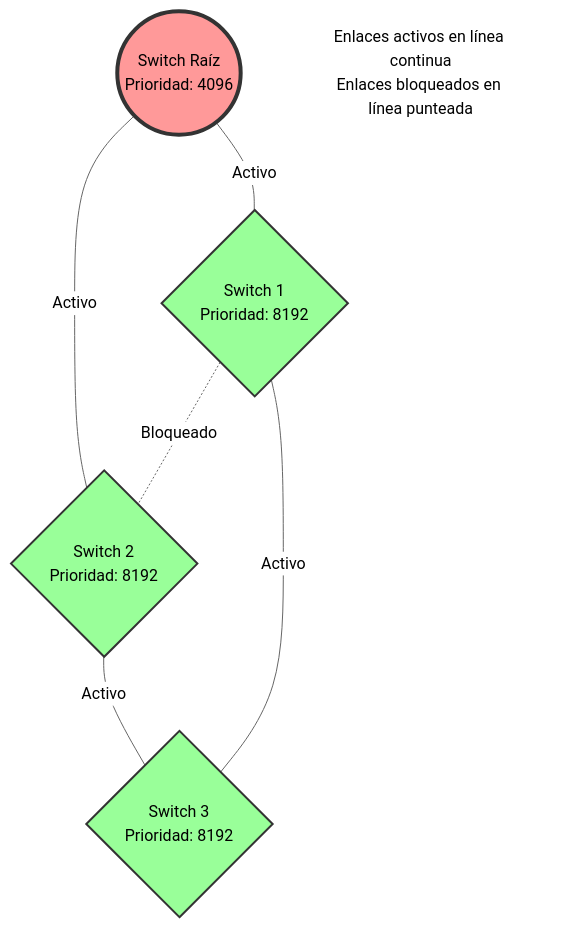
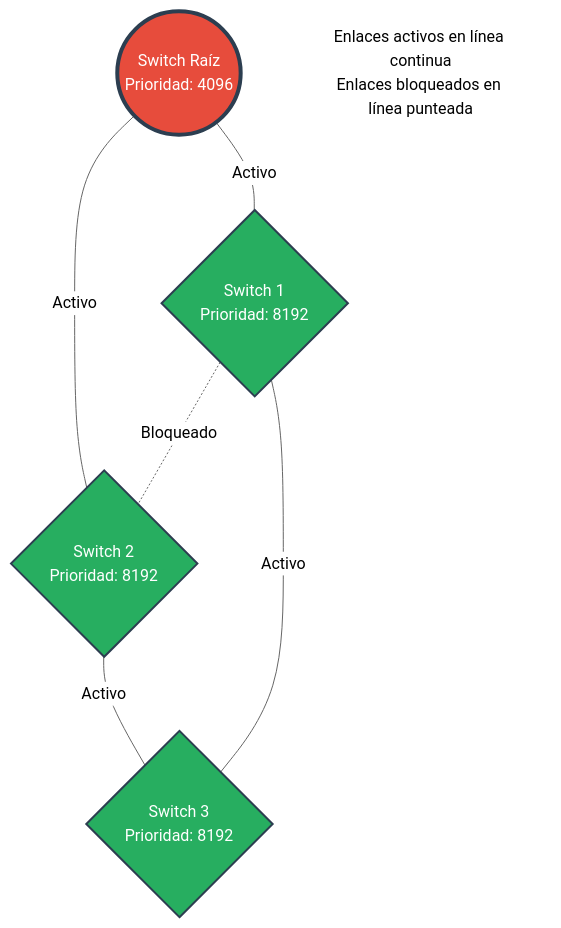
Before and after one commit to ulysses-ck/grupo-redes-ifts-2025: the ninth of 21 diagrams in tps/tp1.md, drawn with Mermaid (neutral theme). The commit also changed other lines of this file, not shown here.

Commit message:
style: update diagram colors for improved visual consistency across network representations

````diff
--- a/tps/tp1.md
+++ b/tps/tp1.md
@@ -441,20 +441,20 @@
 ```mermaid
 graph TD
     Root((Switch Raíz<br/>Prioridad: 4096))
     SW1{Switch 1<br/>Prioridad: 8192}
     SW2{Switch 2<br/>Prioridad: 8192}
     SW3{Switch 3<br/>Prioridad: 8192}
     Info[Enlaces activos en línea continua<br/>Enlaces bloqueados en línea punteada]
     
     Root ---|"Activo"| SW1
     Root ---|"Activo"| SW2
     SW1 -.-|"Bloqueado"| SW2
     SW2 ---|"Activo"| SW3
     SW1 ---|"Activo"| SW3
     
-    style Root fill:#ff9999,stroke:#333,stroke-width:4px
-    style SW1 fill:#99ff99,stroke:#333,stroke-width:2px
-    style SW2 fill:#99ff99,stroke:#333,stroke-width:2px
-    style SW3 fill:#99ff99,stroke:#333,stroke-width:2px
+    style Root fill:#e74c3c,stroke:#2c3e50,stroke-width:4px,color:#FFFFFF
+    style SW1 fill:#27ae60,stroke:#2c3e50,stroke-width:2px,color:#FFFFFF
+    style SW2 fill:#27ae60,stroke:#2c3e50,stroke-width:2px,color:#FFFFFF
+    style SW3 fill:#27ae60,stroke:#2c3e50,stroke-width:2px,color:#FFFFFF
     style Info fill:none,stroke:none
 ```
````
